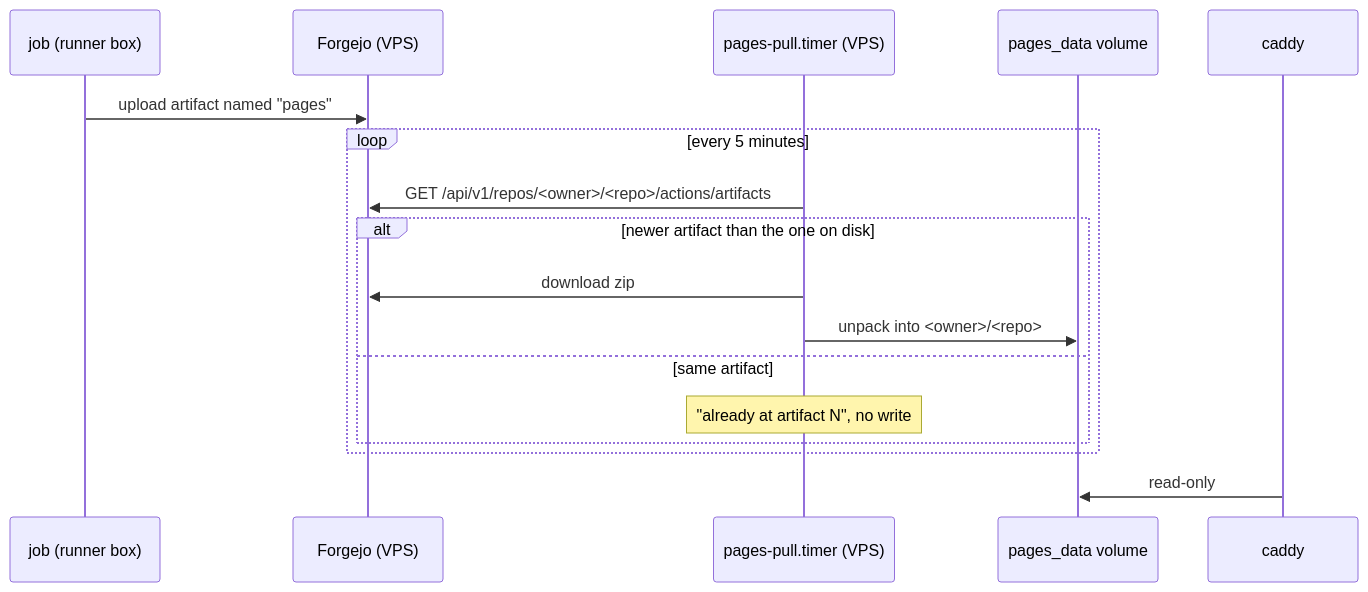
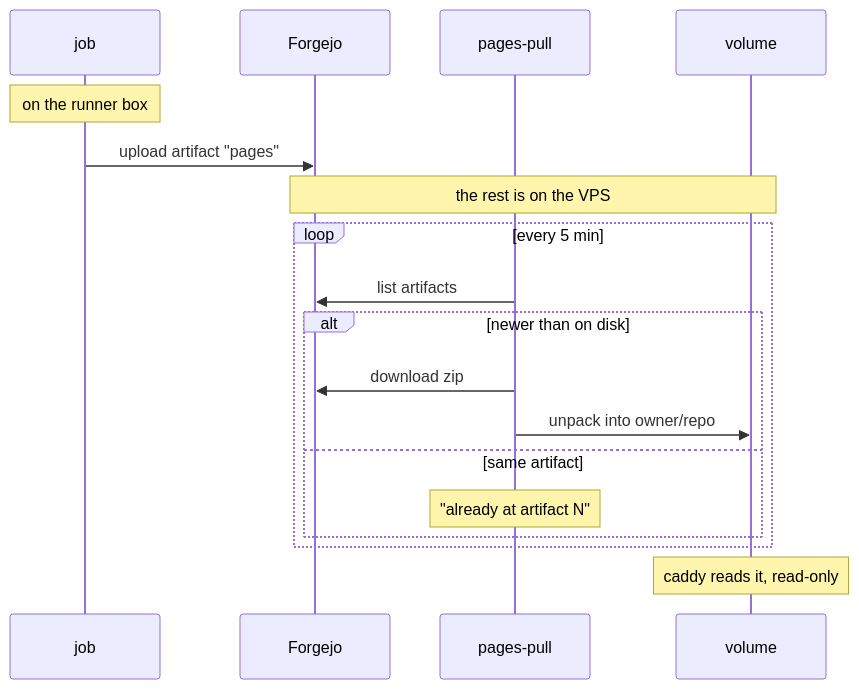
The diagram in docs/src/operations/pages.md (1Git2Clone/vps), drawn with Mermaid before and after one commit. The commit also changed 8 other files, not shown here.

````diff
--- a/docs/src/operations/pages.md
+++ b/docs/src/operations/pages.md
@@ -22,20 +22,21 @@
 ```mermaid
 sequenceDiagram
-    participant J as job (runner box)
-    participant F as Forgejo (VPS)
-    participant P as pages-pull.timer (VPS)
-    participant V as pages_data volume
-    participant C as caddy
+    participant J as job
+    participant F as Forgejo
+    participant P as pages-pull
+    participant V as volume
 
-    J->>F: upload artifact named "pages"
-    loop every 5 minutes
-        P->>F: GET /api/v1/repos/<owner>/<repo>/actions/artifacts
-        alt newer artifact than the one on disk
+    Note over J: on the runner box
+    J->>F: upload artifact "pages"
+    Note over F,V: the rest is on the VPS
+    loop every 5 min
+        P->>F: list artifacts
+        alt newer than on disk
             P->>F: download zip
-            P->>V: unpack into <owner>/<repo>
+            P->>V: unpack into owner/repo
         else same artifact
-            Note over P: "already at artifact N", no write
+            Note over P: "already at artifact N"
         end
     end
-    C->>V: read-only
+    Note over V: caddy reads it, read-only
 ```
````
